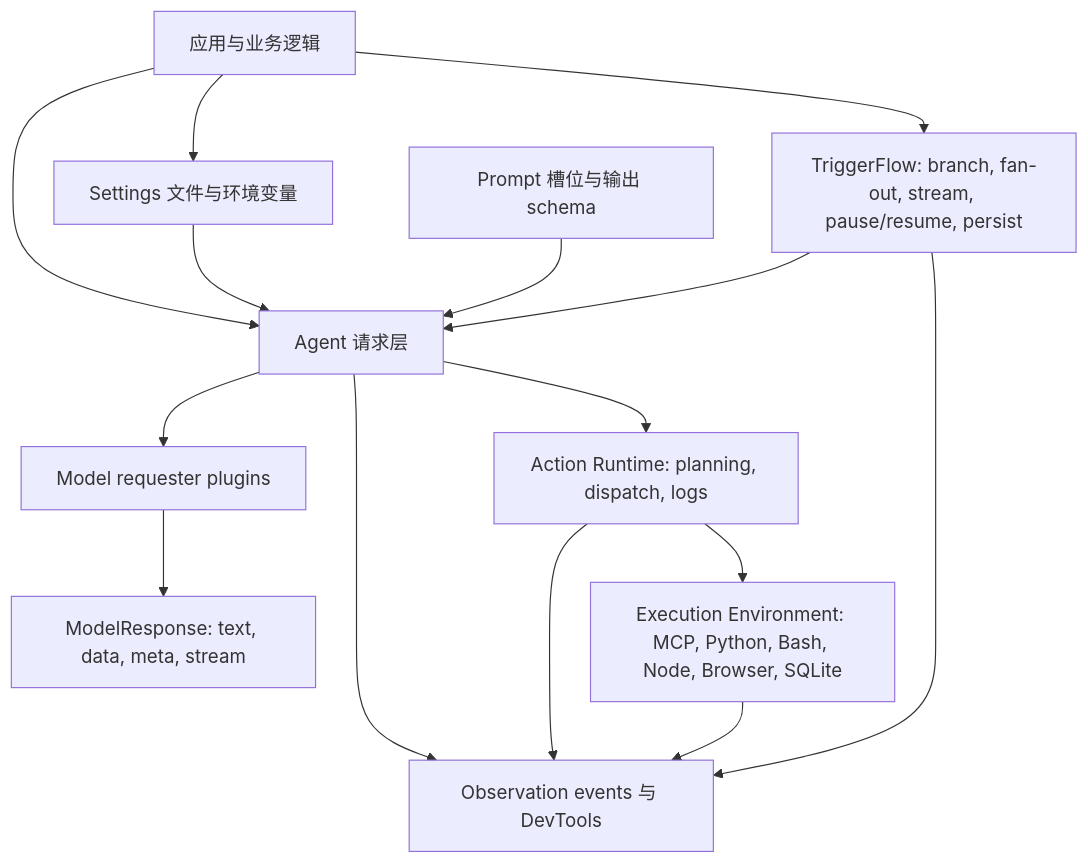
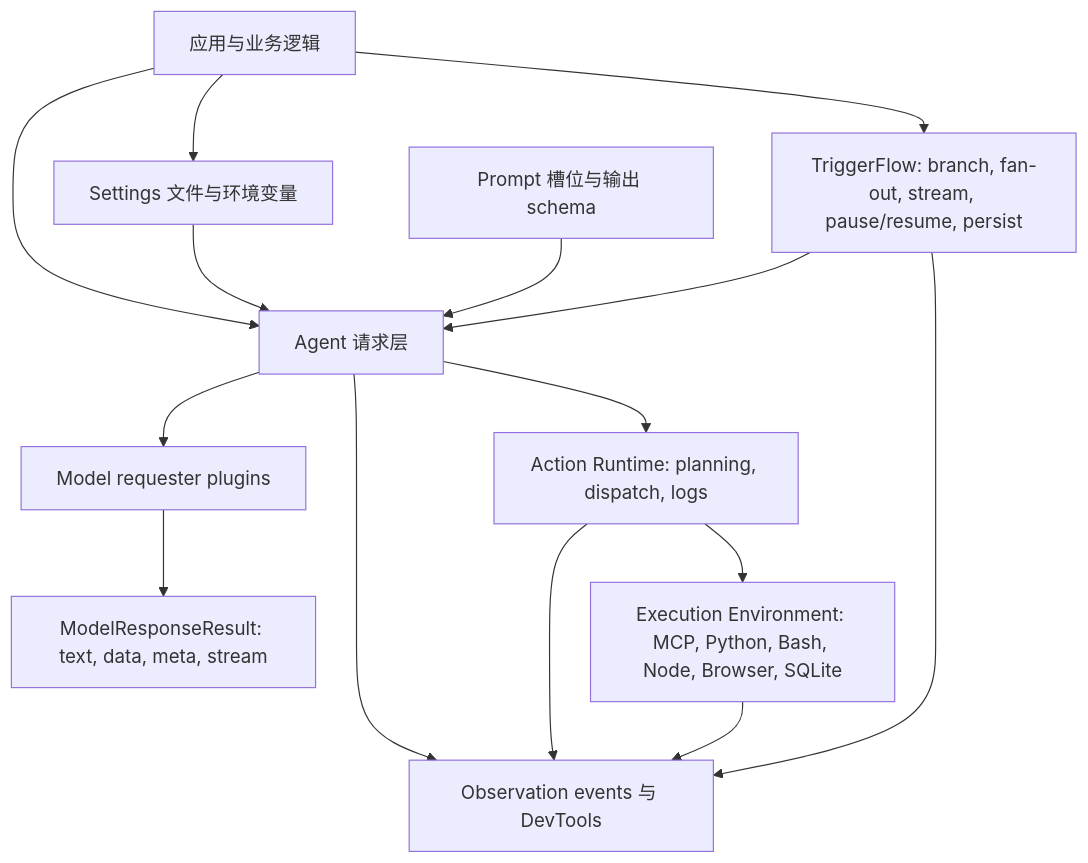
The first of 2 diagrams in README_CN.md (reconsumeralization/Agently), drawn with Mermaid before and after one commit. The commit also changed other lines of this file and 112 other files, not shown here.

Commit message:
Merge response facade into result API

````diff
--- a/README_CN.md
+++ b/README_CN.md
@@ -464,28 +464,28 @@
 ```mermaid
 graph TB
     App["应用与业务逻辑"]
     Settings["Settings 文件与环境变量"]
     Prompt["Prompt 槽位与输出 schema"]
     Agent["Agent 请求层"]
     Model["Model requester plugins"]
-    Response["ModelResponse: text, data, meta, stream"]
+    Response["ModelResponseResult: text, data, meta, stream"]
     Action["Action Runtime: planning, dispatch, logs"]
     Env["Execution Environment: MCP, Python, Bash, Node, Browser, SQLite"]
     Flow["TriggerFlow: branch, fan-out, stream, pause/resume, persist"]
     Observe["Observation events 与 DevTools"]
 
     App --> Settings
     App --> Agent
     Settings --> Agent
     Prompt --> Agent
     Agent --> Model
     Model --> Response
     Agent --> Action
     Action --> Env
     App --> Flow
     Flow --> Agent
     Agent --> Observe
     Action --> Observe
     Env --> Observe
     Flow --> Observe
 ```
````
